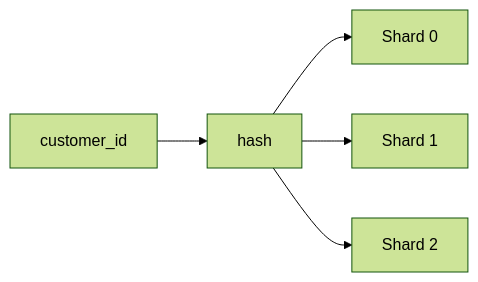
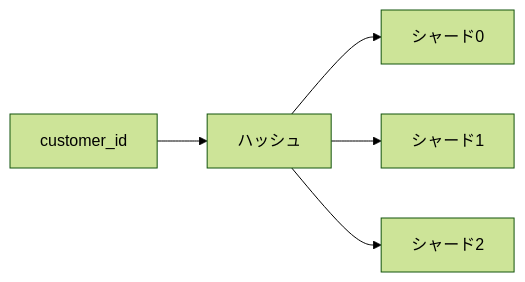
Before and after one commit to hirunebot/database-systems-book: the second of 7 diagrams in src/content/docs/05-distributed-db/15-partitioning-sharding.md, drawn with Mermaid (forest theme). The commit also changed other lines of this file and 42 other files, not shown here.

````diff
--- a/src/content/docs/05-distributed-db/15-partitioning-sharding.md
+++ b/src/content/docs/05-distributed-db/15-partitioning-sharding.md
@@ -101,7 +101,7 @@
 ```mermaid
 flowchart LR
-    K["customer_id"] --> H["hash"]
-    H --> P1["Shard 0"]
-    H --> P2["Shard 1"]
-    H --> P3["Shard 2"]
+    K["customer_id"] --> H["ハッシュ"]
+    H --> P1["シャード0"]
+    H --> P2["シャード1"]
+    H --> P3["シャード2"]
 ```
````
